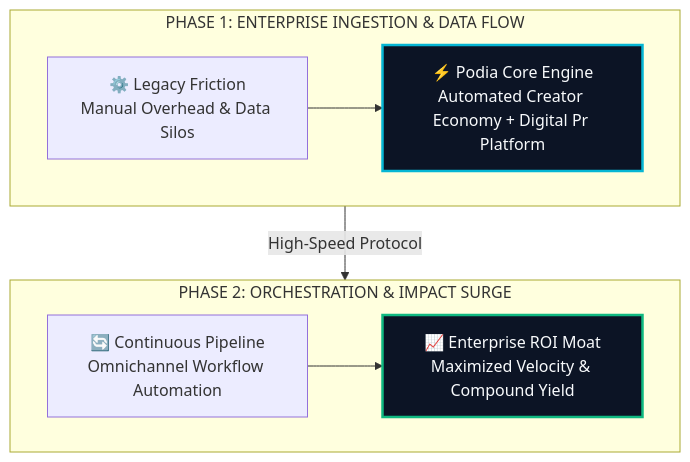
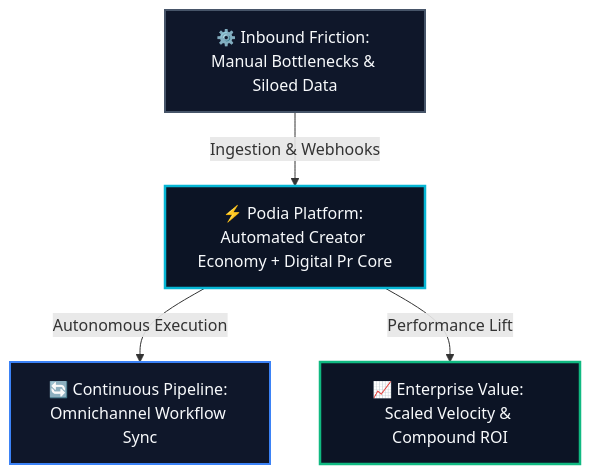
One commit to heliatech-media/saas-radar changed the diagram in site/src/content/blog/podia-evolution-guide-2026.md. Above: the diagram before and after it, drawn with Mermaid. The commit also changed 93 other files, not shown here.

First line of the commit message:
fix(diagrams): resolve dagre-d3 subgraph collision by migrating to balanced 3-tier Hub & Spoke architecture

````diff
--- a/site/src/content/blog/podia-evolution-guide-2026.md
+++ b/site/src/content/blog/podia-evolution-guide-2026.md
@@ -51,14 +51,14 @@
 ```mermaid
 flowchart TD
-    subgraph S1["PHASE 1: ENTERPRISE INGESTION & DATA FLOW"]
-        direction LR
-        A["⚙️ Legacy Friction<br/>Manual Overhead & Data Silos"] --> B["⚡ Podia Core Engine<br/>Automated Creator Economy + Digital Pr Platform"]
-    end
-    subgraph S2["PHASE 2: ORCHESTRATION & IMPACT SURGE"]
-        direction LR
-        C["🔄 Continuous Pipeline<br/>Omnichannel Workflow Automation"] --> D["📈 Enterprise ROI Moat<br/>Maximized Velocity & Compound Yield"]
-    end
-    S1 -->|High-Speed Protocol| S2
-    style B fill:#0c1425,stroke:#06b6d4,stroke-width:2.5px,color:#f8fafc
-    style D fill:#0c1425,stroke:#10b981,stroke-width:2.5px,color:#f8fafc
+    Inp["⚙️ Inbound Friction: Manual Bottlenecks & Siloed Data"]
+    Eng["⚡ Podia Platform: Automated Creator Economy + Digital Pr Core"]
+    Out1["🔄 Continuous Pipeline: Omnichannel Workflow Sync"]
+    Out2["📈 Enterprise Value: Scaled Velocity & Compound ROI"]
+    Inp -->|Ingestion & Webhooks| Eng
+    Eng -->|Autonomous Execution| Out1
+    Eng -->|Performance Lift| Out2
+    style Inp fill:#0f172a,stroke:#475569,stroke-width:2px,color:#f8fafc
+    style Eng fill:#0c1425,stroke:#06b6d4,stroke-width:2.5px,color:#f8fafc
+    style Out1 fill:#0f172a,stroke:#3b82f6,stroke-width:2px,color:#f8fafc
+    style Out2 fill:#0c1425,stroke:#10b981,stroke-width:2.5px,color:#f8fafc
 ```
````
